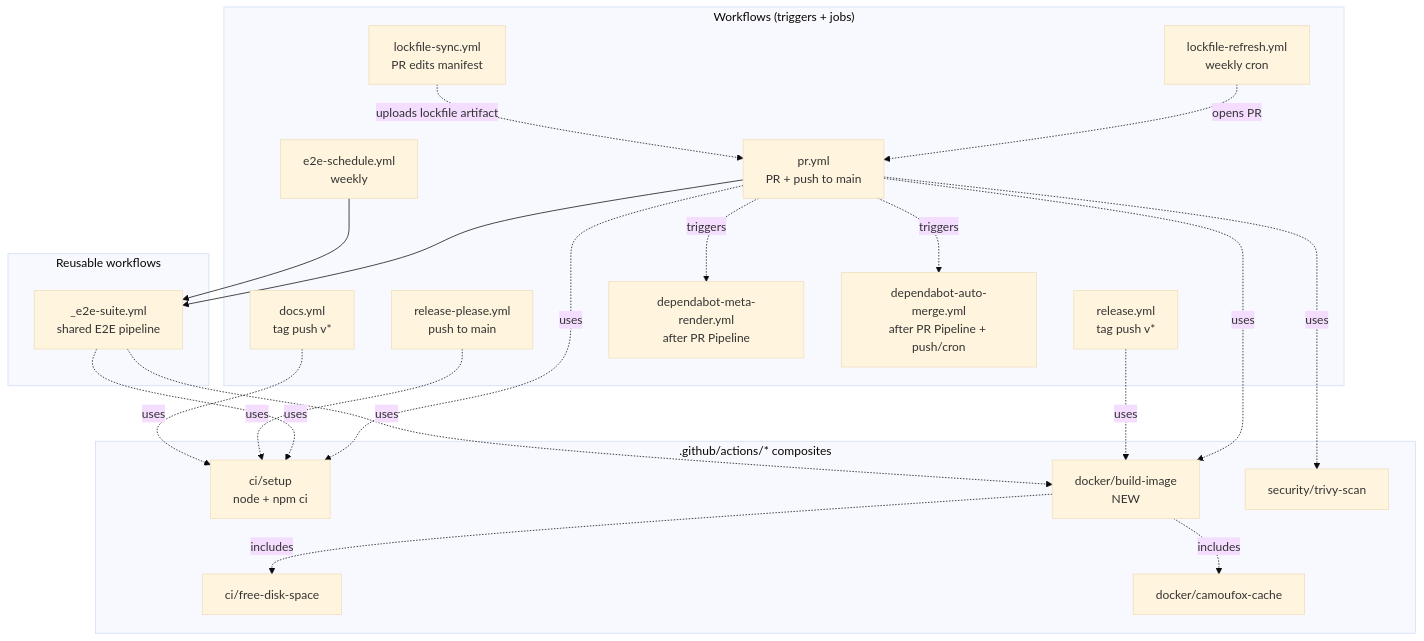
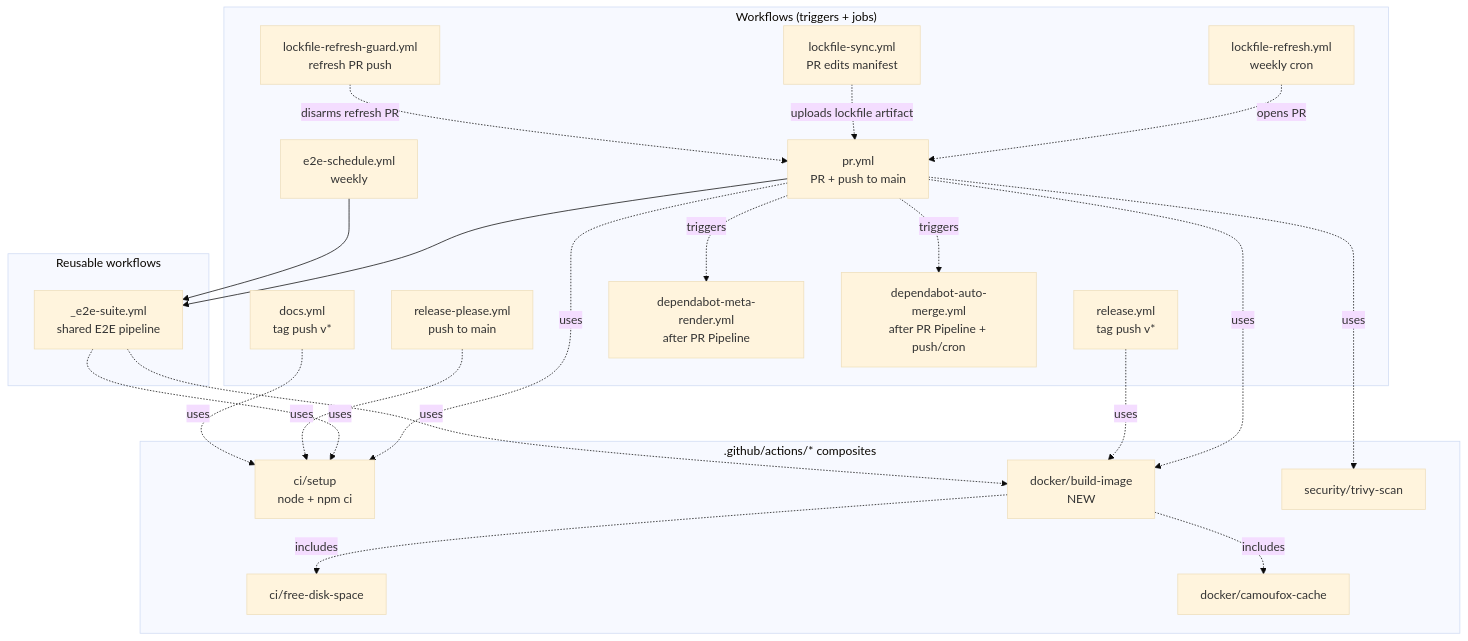
The first of 2 diagrams in docs/architecture/ci-pipeline.md (sergienko4/israeli-bank-scrapers-to-actual-budget), drawn with Mermaid (base theme) before and after one commit. The commit also changed other lines of this file and 5 other files, not shown here.

First line of the commit message:
fix(ci): disarm lockfile refresh on foreign push

````diff
--- a/docs/architecture/ci-pipeline.md
+++ b/docs/architecture/ci-pipeline.md
@@ -20,43 +20,45 @@
 ```mermaid
 graph TD
   subgraph Workflows["Workflows (triggers + jobs)"]
     PR[pr.yml<br/>PR + push to main]
     REL[release.yml<br/>tag push v*]
     SCH[release-please.yml<br/>push to main]
     DOCS[docs.yml<br/>tag push v*]
     E2ES[e2e-schedule.yml<br/>weekly]
     LFR[lockfile-refresh.yml<br/>weekly cron]
     DMR[dependabot-meta-render.yml<br/>after PR Pipeline]
     DAM[dependabot-auto-merge.yml<br/>after PR Pipeline + push/cron]
     LFS[lockfile-sync.yml<br/>PR edits manifest]
+    LFG[lockfile-refresh-guard.yml<br/>refresh PR push]
   end
 
   subgraph Reusable["Reusable workflows"]
     E2E[_e2e-suite.yml<br/>shared E2E pipeline]
   end
 
   subgraph Composites[".github/actions/* composites"]
     SETUP[ci/setup<br/>node + npm ci]
     FREE[ci/free-disk-space]
     CAM[docker/camoufox-cache]
     BUILD[docker/build-image<br/>NEW]
     TRIVY[security/trivy-scan]
   end
 
   PR --> E2E
   PR -.triggers.-> DMR
   PR -.triggers.-> DAM
   E2ES --> E2E
   LFR -.opens PR.-> PR
   LFS -.uploads lockfile artifact.-> PR
+  LFG -.disarms refresh PR.-> PR
   PR -.uses.-> SETUP
   PR -.uses.-> BUILD
   PR -.uses.-> TRIVY
   REL -.uses.-> BUILD
   E2E -.uses.-> SETUP
   E2E -.uses.-> BUILD
   SCH -.uses.-> SETUP
   DOCS -.uses.-> SETUP
   BUILD -.includes.-> FREE
   BUILD -.includes.-> CAM
 ```
````
